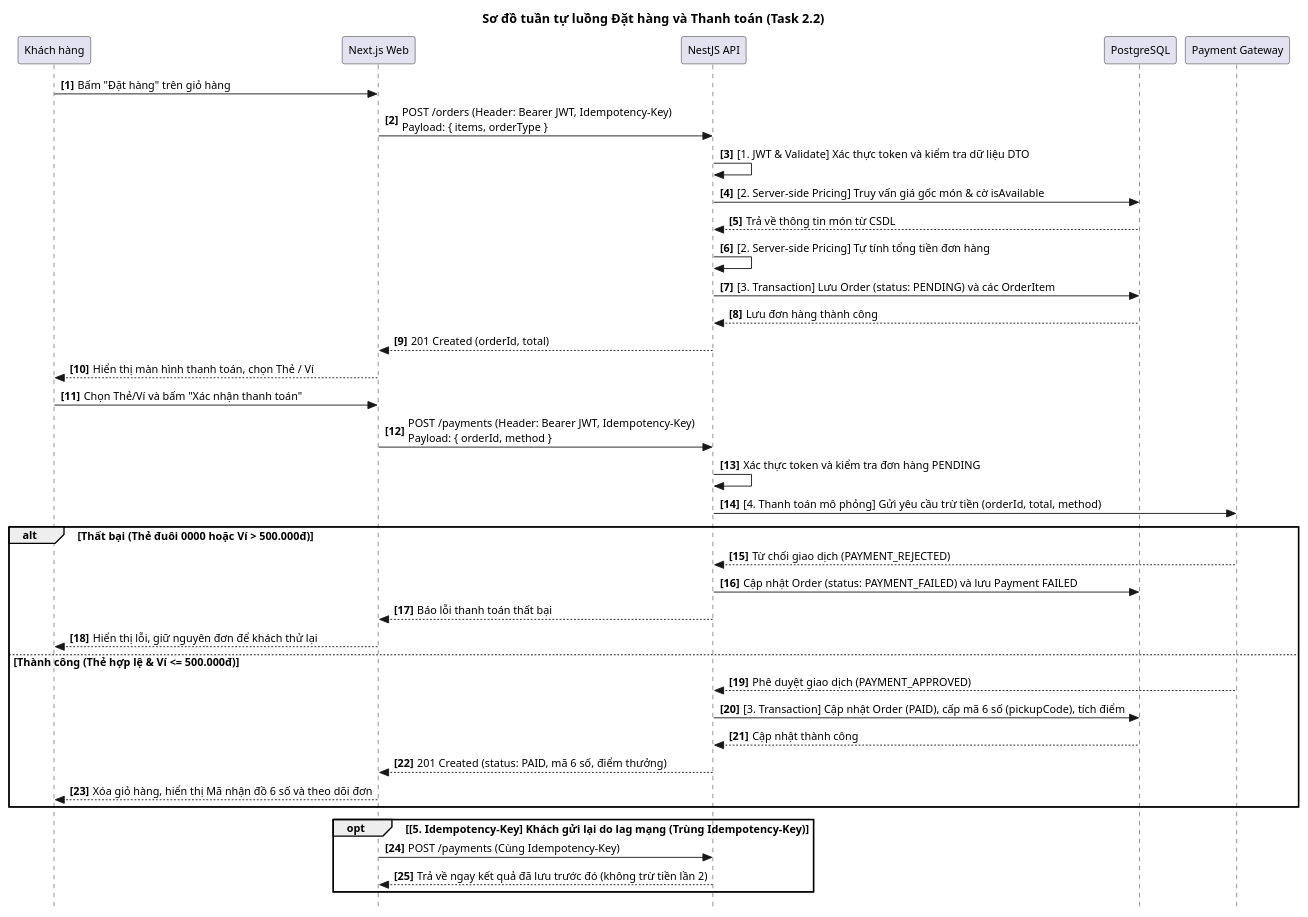
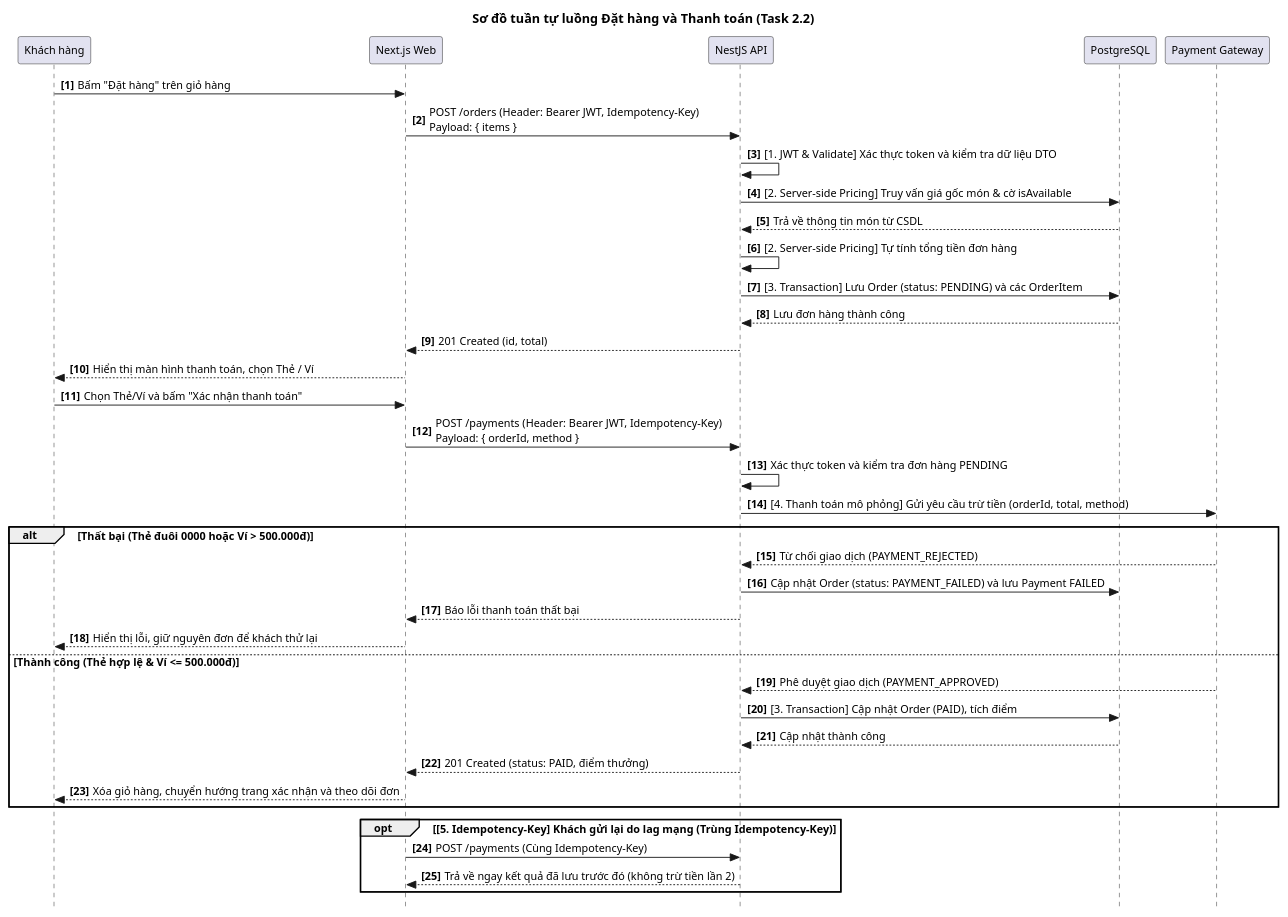
Before and after one commit to Longcodepro/Project_SE_Assignment02_HK1_2026_2027: the diagram in docs/diagrams/sequence-checkout.puml, drawn with PlantUML. The commit also changed 2 other files, not shown here.

Commit message:
docs(task-2.2): bỏ orderType và pickupCode bịa đặt khỏi sequence diagram
Sơ đồ kế thừa 2 lỗi từ use-case-checkout.md: trường orderType
(Mang về/Tại quán) không tồn tại trong cac-chuc-nang-thong-nhat.md,
và pickupCode bị sinh sai lúc PAID trong khi thực ra chỉ có ở
Sprint 3 Planned (lúc đơn chuyển READY). Sửa cả .puml, .md mô tả và
xuất lại .svg theo đúng quy tắc, cùng sửa orderId -> id cho khớp
requirements-api.md.

```diff
--- a/docs/diagrams/sequence-checkout.puml
+++ b/docs/diagrams/sequence-checkout.puml
@@ -1,58 +1,58 @@
 @startuml
 title Sơ đồ tuần tự luồng Đặt hàng và Thanh toán (Task 2.2)
 
 skinparam style strictuml
 skinparam shadowing false
 skinparam defaultFontName Arial
 skinparam defaultFontSize 12
 
 participant "Khách hàng" as Customer
 participant "Next.js Web" as Web
 participant "NestJS API" as API
 participant "PostgreSQL" as DB
 participant "Payment Gateway" as PG
 
 autonumber 1 "<b>[0]</b>"
 
 ' 1. Tạo đơn hàng (POST /orders)
 Customer -> Web : Bấm "Đặt hàng" trên giỏ hàng
-Web -> API : POST /orders (Header: Bearer JWT, Idempotency-Key)\nPayload: { items, orderType }
+Web -> API : POST /orders (Header: Bearer JWT, Idempotency-Key)\nPayload: { items }
 
 API -> API : [1. JWT & Validate] Xác thực token và kiểm tra dữ liệu DTO
 API -> DB : [2. Server-side Pricing] Truy vấn giá gốc món & cờ isAvailable
 DB --> API : Trả về thông tin món từ CSDL
 
 API -> API : [2. Server-side Pricing] Tự tính tổng tiền đơn hàng
 API -> DB : [3. Transaction] Lưu Order (status: PENDING) và các OrderItem
 DB --> API : Lưu đơn hàng thành công
 
-API --> Web : 201 Created (orderId, total)
+API --> Web : 201 Created (id, total)
 Web --> Customer : Hiển thị màn hình thanh toán, chọn Thẻ / Ví
 
 ' 2. Thanh toán đơn hàng (POST /payments)
 Customer -> Web : Chọn Thẻ/Ví và bấm "Xác nhận thanh toán"
 Web -> API : POST /payments (Header: Bearer JWT, Idempotency-Key)\nPayload: { orderId, method }
 
 API -> API : Xác thực token và kiểm tra đơn hàng PENDING
 API -> PG : [4. Thanh toán mô phỏng] Gửi yêu cầu trừ tiền (orderId, total, method)
 
 alt Thất bại (Thẻ đuôi 0000 hoặc Ví > 500.000đ)
     PG --> API : Từ chối giao dịch (PAYMENT_REJECTED)
     API -> DB : Cập nhật Order (status: PAYMENT_FAILED) và lưu Payment FAILED
     API --> Web : Báo lỗi thanh toán thất bại
     Web --> Customer : Hiển thị lỗi, giữ nguyên đơn để khách thử lại
 else Thành công (Thẻ hợp lệ & Ví <= 500.000đ)
     PG --> API : Phê duyệt giao dịch (PAYMENT_APPROVED)
-    API -> DB : [3. Transaction] Cập nhật Order (PAID), cấp mã 6 số (pickupCode), tích điểm
+    API -> DB : [3. Transaction] Cập nhật Order (PAID), tích điểm
     DB --> API : Cập nhật thành công
-    API --> Web : 201 Created (status: PAID, mã 6 số, điểm thưởng)
-    Web --> Customer : Xóa giỏ hàng, hiển thị Mã nhận đồ 6 số và theo dõi đơn
+    API --> Web : 201 Created (status: PAID, điểm thưởng)
+    Web --> Customer : Xóa giỏ hàng, chuyển hướng trang xác nhận và theo dõi đơn
 end
 
 ' 3. Chống gửi trùng lặp (Idempotency)
 opt [5. Idempotency-Key] Khách gửi lại do lag mạng (Trùng Idempotency-Key)
     Web -> API : POST /payments (Cùng Idempotency-Key)
     API --> Web : Trả về ngay kết quả đã lưu trước đó (không trừ tiền lần 2)
 end
 
 @enduml
```
